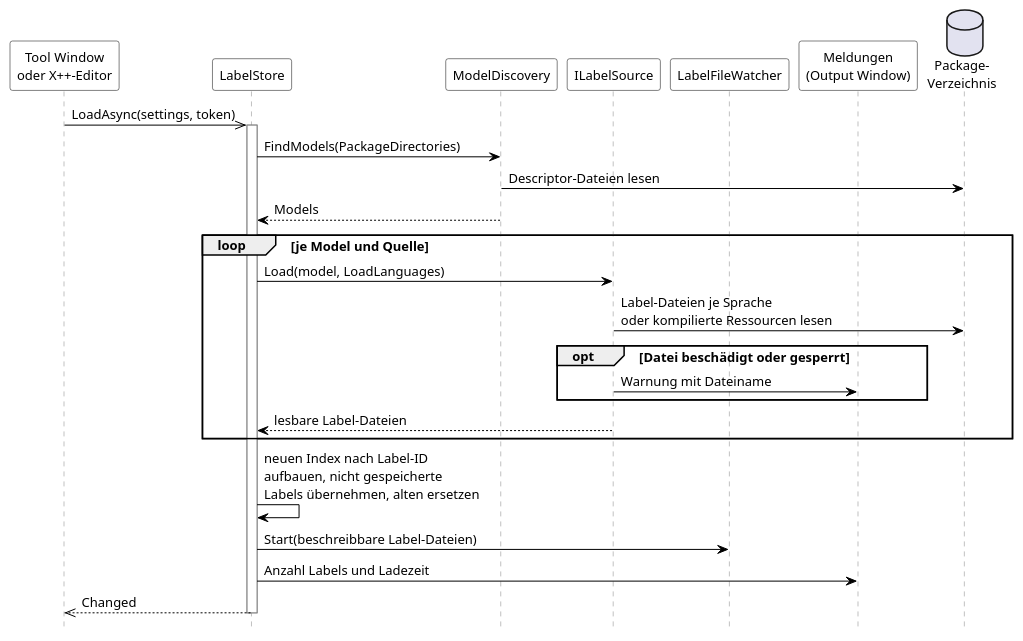
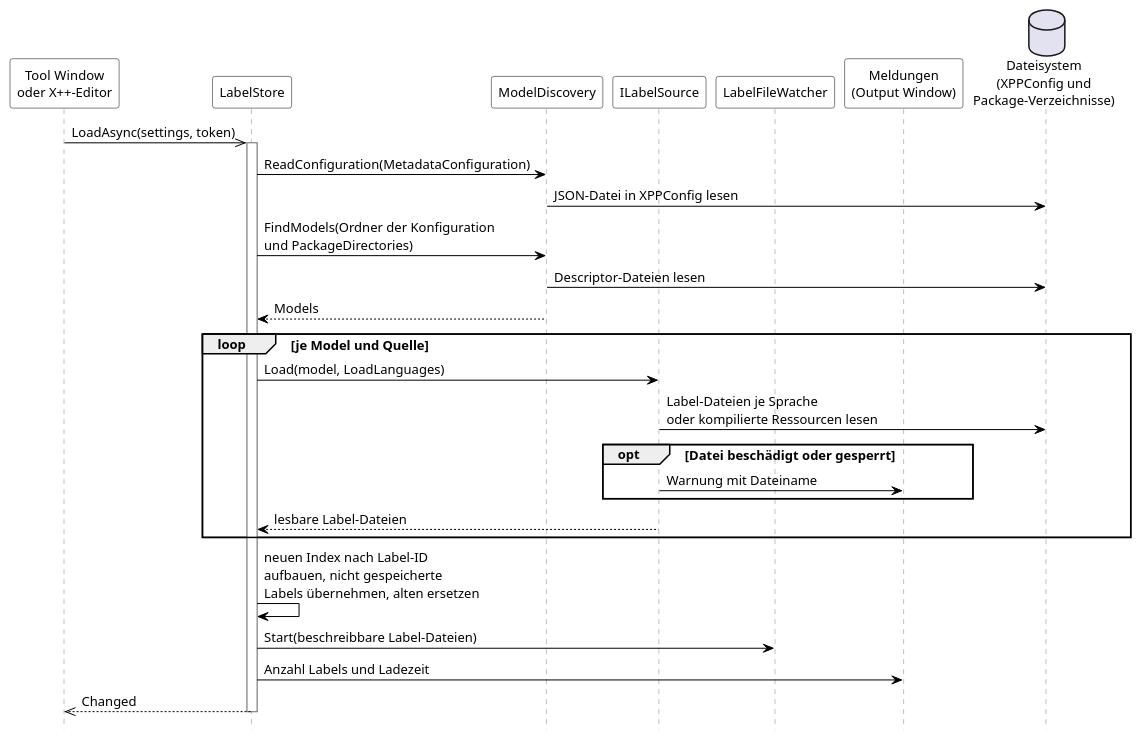
The diagram in documentation/diagrams/Sequenz_Laden.puml (Adyrem/diploma-label-localization), drawn with PlantUML before and after one commit. The commit also changed 13 other files, not shown here.

Commit message:
Testkonzept, GUI-Design, Einführung und Betrieb sowie Befunde der Testumgebung im Konzept ergänzt

```diff
--- a/documentation/diagrams/Sequenz_Laden.puml
+++ b/documentation/diagrams/Sequenz_Laden.puml
@@ -1,43 +1,45 @@
 @startuml
 ' Sequenz beim Laden der Labels im Hintergrund.
 ' Rendern: plantuml -tpng -charset UTF-8 Sequenz_Laden.puml
 
 skinparam defaultFontSize 13
 skinparam shadowing false
 skinparam sequence {
   ParticipantBackgroundColor White
   ParticipantBorderColor Black
   DatabaseBackgroundColor White
   DatabaseBorderColor Black
   LifeLineBorderColor Gray
   ArrowColor Black
 }
 hide footbox
 
 participant "Tool Window\noder X++-Editor" as UI
 participant "LabelStore" as STORE
 participant "ModelDiscovery" as MD
 participant "ILabelSource" as SRC
 participant "LabelFileWatcher" as W
 participant "Meldungen\n(Output Window)" as OUT
-database "Package-\nVerzeichnis" as PKG
+database "Dateisystem\n(XPPConfig und\nPackage-Verzeichnisse)" as PKG
 
 UI ->> STORE : LoadAsync(settings, token)
 activate STORE
-STORE -> MD : FindModels(PackageDirectories)
+STORE -> MD : ReadConfiguration(MetadataConfiguration)
+MD -> PKG : JSON-Datei in XPPConfig lesen
+STORE -> MD : FindModels(Ordner der Konfiguration\nund PackageDirectories)
 MD -> PKG : Descriptor-Dateien lesen
 MD --> STORE : Models
 loop je Model und Quelle
   STORE -> SRC : Load(model, LoadLanguages)
   SRC -> PKG : Label-Dateien je Sprache\noder kompilierte Ressourcen lesen
   opt Datei beschädigt oder gesperrt
     SRC -> OUT : Warnung mit Dateiname
   end
   SRC --> STORE : lesbare Label-Dateien
 end
 STORE -> STORE : neuen Index nach Label-ID\naufbauen, nicht gespeicherte\nLabels übernehmen, alten ersetzen
 STORE -> W : Start(beschreibbare Label-Dateien)
 STORE -> OUT : Anzahl Labels und Ladezeit
 STORE -->> UI : Changed
 deactivate STORE
 @enduml
```
